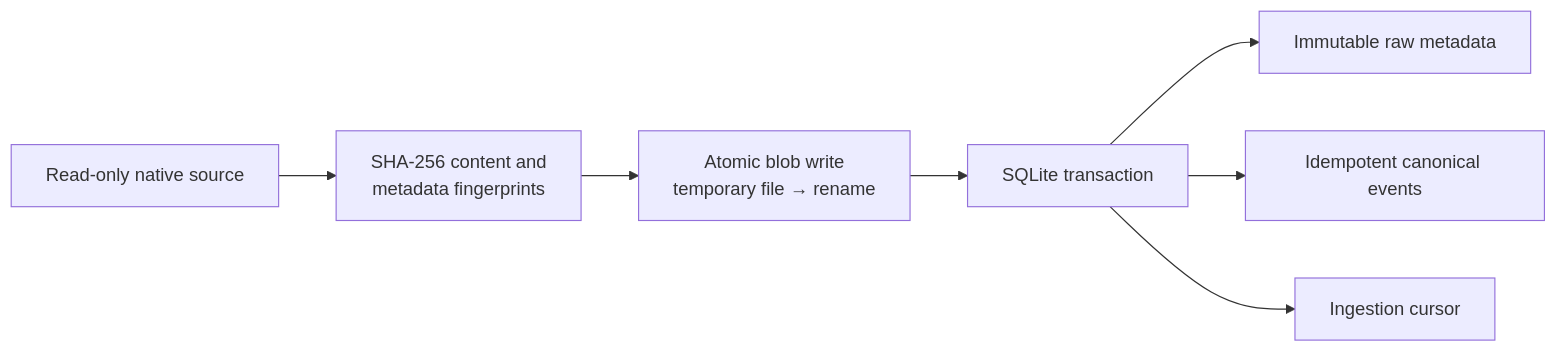
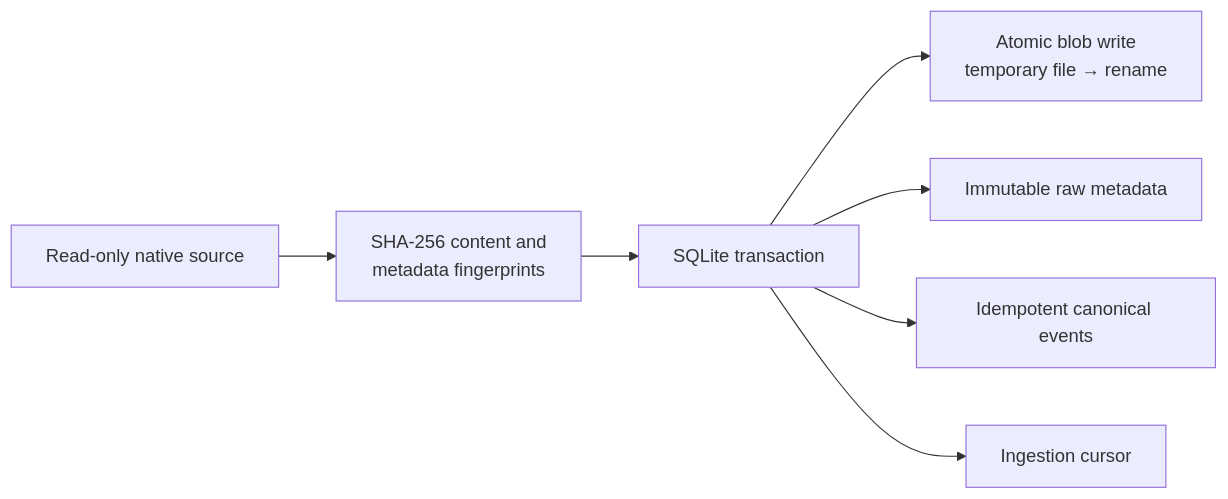
One commit to h3rb3rn/agentic-tool-merger changed the diagram in docs/architecture/storage.md. Above: the diagram before and after it, drawn with Mermaid. The commit also changed other lines of this file and 46 other files, not shown here.

````diff
--- a/docs/architecture/storage.md
+++ b/docs/architecture/storage.md
@@ -9,15 +9,15 @@
 ```mermaid
 flowchart LR
     source["Read-only native source"]
     hash["SHA-256 content and<br/>metadata fingerprints"]
     blob["Atomic blob write<br/>temporary file → rename"]
     transaction["SQLite transaction"]
     raw["Immutable raw metadata"]
     events["Idempotent canonical events"]
     cursor["Ingestion cursor"]
 
-    source --> hash --> blob --> transaction
+    source --> hash --> transaction --> blob
     transaction --> raw
     transaction --> events
     transaction --> cursor
 ```
````
